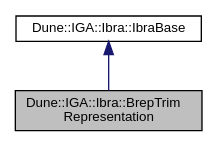
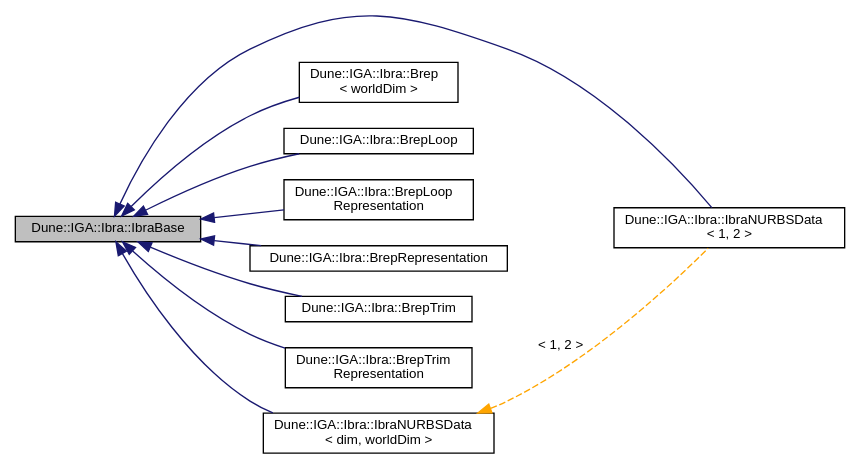
Before and after one commit to rath3t/dune-iga-doc: the diagram in d3/de1/a01111.dot, drawn with Graphviz. The commit also changed 834 other files, not shown here.

Commit message:
deploy: rath3t/dune-iga@4029b7012355f20c5551990b3dfaf1e790af0da3

```diff
--- a/d3/de1/a01111.dot
+++ b/d3/de1/a01111.dot
@@ -1,9 +1,25 @@
-digraph "Dune::IGA::Ibra::BrepTrimRepresentation"
+digraph "Dune::IGA::Ibra::IbraBase"
 {
  // LATEX_PDF_SIZE
   edge [fontname="Helvetica",fontsize="10",labelfontname="Helvetica",labelfontsize="10"];
   node [fontname="Helvetica",fontsize="10",shape=record];
-  Node1 [label="Dune::IGA::Ibra::BrepTrim\lRepresentation",height=0.2,width=0.4,color="black", fillcolor="grey75", style="filled", fontcolor="black",tooltip=" "];
-  Node2 -> Node1 [dir="back",color="midnightblue",fontsize="10",style="solid",fontname="Helvetica"];
-  Node2 [label="Dune::IGA::Ibra::IbraBase",height=0.2,width=0.4,color="black", fillcolor="white", style="filled",URL="$dd/dcb/a01104.html",tooltip=" "];
+  rankdir="LR";
+  Node1 [label="Dune::IGA::Ibra::IbraBase",height=0.2,width=0.4,color="black", fillcolor="grey75", style="filled", fontcolor="black",tooltip=" "];
+  Node1 -> Node2 [dir="back",color="midnightblue",fontsize="10",style="solid",fontname="Helvetica"];
+  Node2 [label="Dune::IGA::Ibra::IbraNURBSData\l\< 1, 2 \>",height=0.2,width=0.4,color="black", fillcolor="white", style="filled",URL="$d4/dc5/a01116.html",tooltip=" "];
+  Node1 -> Node3 [dir="back",color="midnightblue",fontsize="10",style="solid",fontname="Helvetica"];
+  Node3 [label="Dune::IGA::Ibra::Brep\l\< worldDim \>",height=0.2,width=0.4,color="black", fillcolor="white", style="filled",URL="$dc/d64/a01140.html",tooltip=" "];
+  Node1 -> Node4 [dir="back",color="midnightblue",fontsize="10",style="solid",fontname="Helvetica"];
+  Node4 [label="Dune::IGA::Ibra::BrepLoop",height=0.2,width=0.4,color="black", fillcolor="white", style="filled",URL="$d6/de6/a01132.html",tooltip=" "];
+  Node1 -> Node5 [dir="back",color="midnightblue",fontsize="10",style="solid",fontname="Helvetica"];
+  Node5 [label="Dune::IGA::Ibra::BrepLoop\lRepresentation",height=0.2,width=0.4,color="black", fillcolor="white", style="filled",URL="$d9/d12/a01128.html",tooltip=" "];
+  Node1 -> Node6 [dir="back",color="midnightblue",fontsize="10",style="solid",fontname="Helvetica"];
+  Node6 [label="Dune::IGA::Ibra::BrepRepresentation",height=0.2,width=0.4,color="black", fillcolor="white", style="filled",URL="$d1/dae/a01136.html",tooltip=" "];
+  Node1 -> Node7 [dir="back",color="midnightblue",fontsize="10",style="solid",fontname="Helvetica"];
+  Node7 [label="Dune::IGA::Ibra::BrepTrim",height=0.2,width=0.4,color="black", fillcolor="white", style="filled",URL="$d0/dc8/a01124.html",tooltip=" "];
+  Node1 -> Node8 [dir="back",color="midnightblue",fontsize="10",style="solid",fontname="Helvetica"];
+  Node8 [label="Dune::IGA::Ibra::BrepTrim\lRepresentation",height=0.2,width=0.4,color="black", fillcolor="white", style="filled",URL="$dc/d51/a01120.html",tooltip=" "];
+  Node1 -> Node9 [dir="back",color="midnightblue",fontsize="10",style="solid",fontname="Helvetica"];
+  Node9 [label="Dune::IGA::Ibra::IbraNURBSData\l\< dim, worldDim \>",height=0.2,width=0.4,color="black", fillcolor="white", style="filled",URL="$d4/dc5/a01116.html",tooltip=" "];
+  Node9 -> Node2 [dir="back",color="orange",fontsize="10",style="dashed",label=" \< 1, 2 \>" ,fontname="Helvetica"];
 }
```
